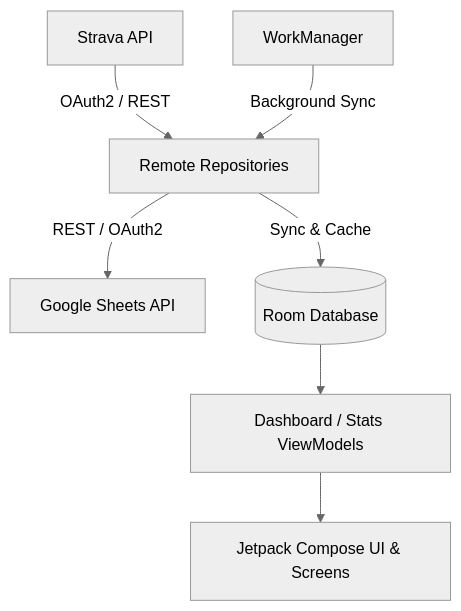
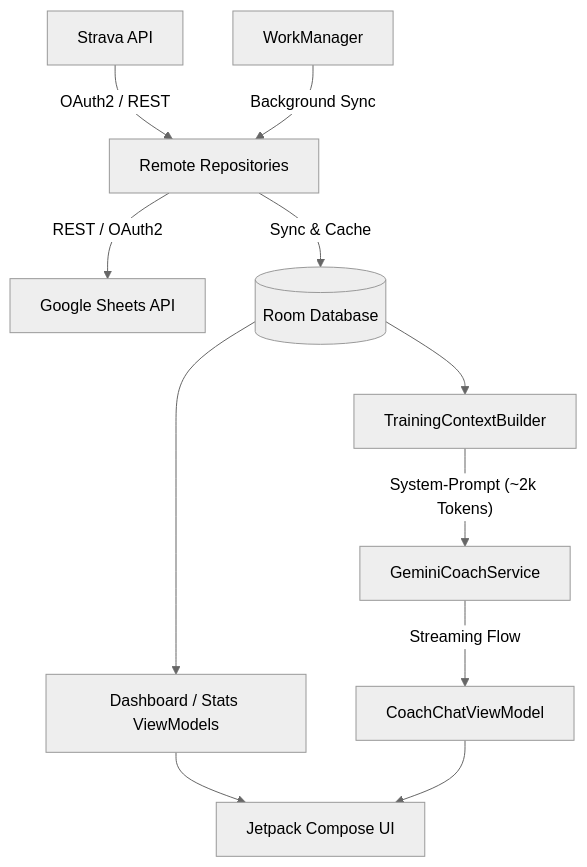
The diagram in README.md (BHW80/Strv2ShtsAI), drawn with Mermaid (neutral theme) before and after one commit. The commit also changed other lines of this file, not shown here.

Commit message:
docs: update README with AeroCoach AI features, architecture, and setup guide

````diff
--- a/README.md
+++ b/README.md
@@ -57,9 +86,13 @@
 ```mermaid
 flowchart TD
     A["Strava API"] -->|"OAuth2 / REST"| R["Remote Repositories"]
     R -->|"REST / OAuth2"| G["Google Sheets API"]
     R -->|"Sync & Cache"| DB[("Room Database")]
     DB --> VM["Dashboard / Stats ViewModels"]
-    VM --> UI["Jetpack Compose UI & Screens"]
+    DB --> TC["TrainingContextBuilder"]
+    TC -->|"System-Prompt (~2k Tokens)"| GC["GeminiCoachService"]
+    GC -->|"Streaming Flow"| CVM["CoachChatViewModel"]
+    VM --> UI["Jetpack Compose UI"]
+    CVM --> UI
     WM["WorkManager"] -->|"Background Sync"| R
 ```
````
